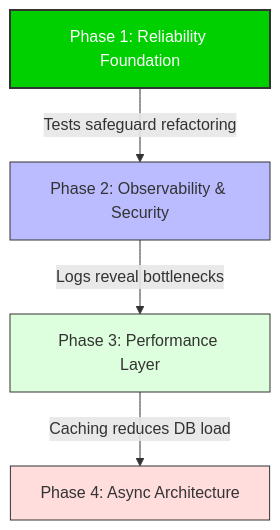
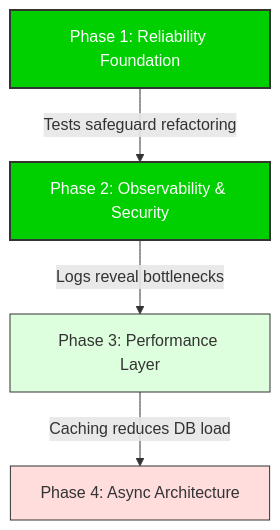
One commit to AyomideKayode/book_library-API changed the diagram in docs/ENGINEERING_ROADMAP.md. Above: the diagram before and after it, drawn with Mermaid. The commit also changed other lines of this file and 15 other files, not shown here.

````diff
--- a/docs/ENGINEERING_ROADMAP.md
+++ b/docs/ENGINEERING_ROADMAP.md
@@ -7,12 +7,12 @@
 ```mermaid
 graph TD
     P1[Phase 1: Reliability Foundation] -->|Tests safeguard refactoring| P2
     P2[Phase 2: Observability & Security] -->|Logs reveal bottlenecks| P3
     P3[Phase 3: Performance Layer] -->|Caching reduces DB load| P4
     P4[Phase 4: Async Architecture]
 
     style P1 fill:#00d000,stroke:#333,stroke-width:2px,color:white
-    style P2 fill:#bbf,stroke:#333,stroke-width:1px
+    style P2 fill:#00d000,stroke:#333,stroke-width:2px,color:white
     style P3 fill:#dfd,stroke:#333,stroke-width:1px
     style P4 fill:#fdd,stroke:#333,stroke-width:1px
 ```
````
